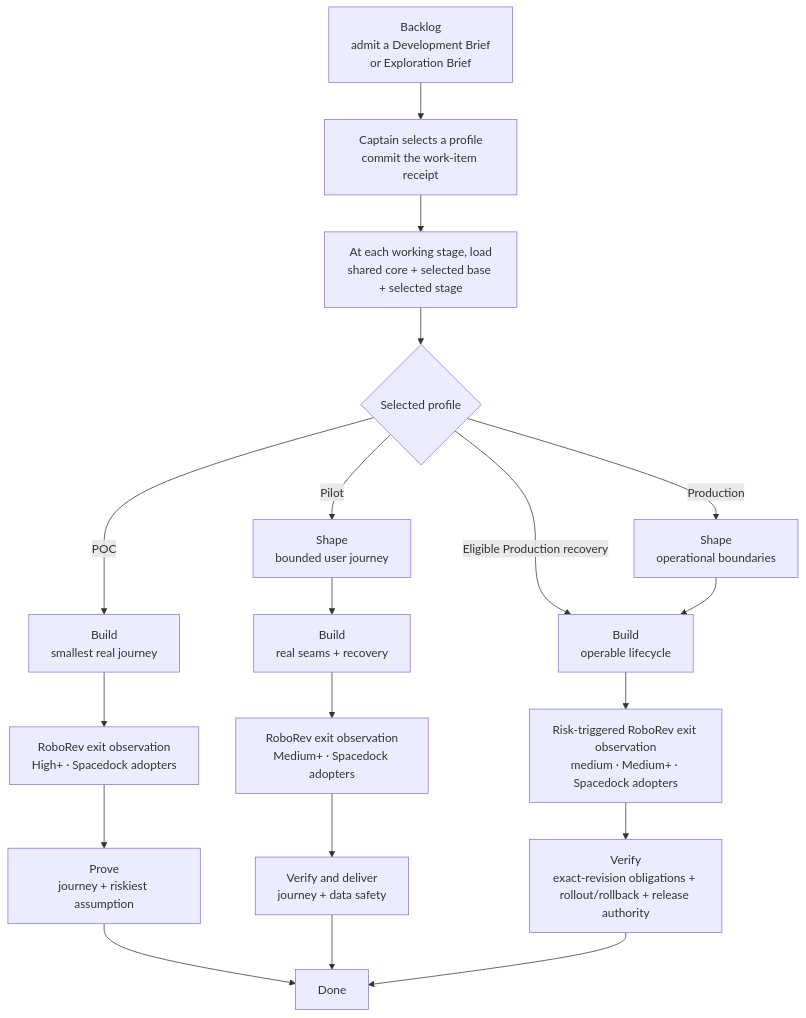
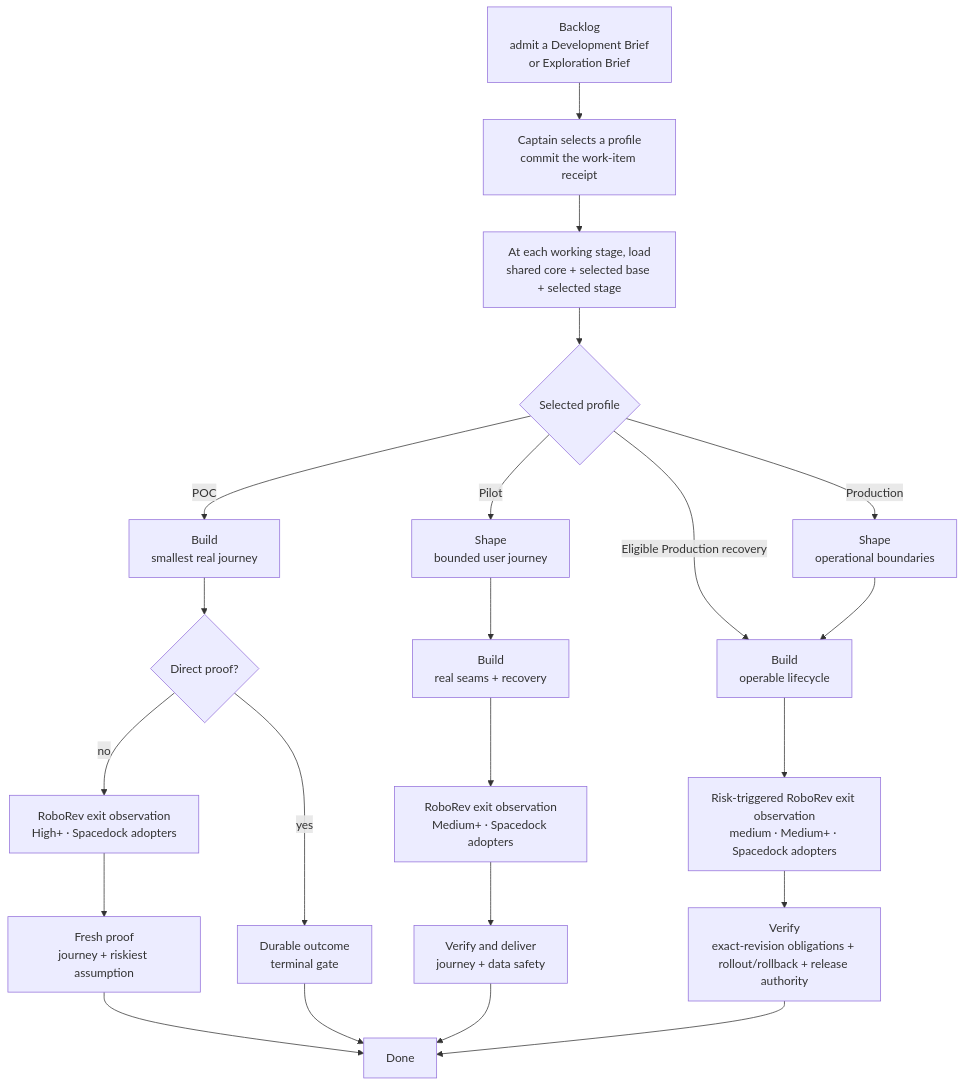
The diagram in kc-dev-flow/README.md (iamcxa/kc-claude-plugins), drawn with Mermaid before and after one commit. The commit also changed other lines of this file and 15 other files, not shown here.

Commit message:
feat(kc-dev-flow): bound POC decision-ready path

````diff
--- a/kc-dev-flow/README.md
+++ b/kc-dev-flow/README.md
@@ -20,24 +20,27 @@
 ```mermaid
 flowchart TB
     A["Backlog<br/>admit a Development Brief<br/>or Exploration Brief"] --> B["Captain selects a profile<br/>commit the work-item receipt"]
     B --> L["At each working stage, load<br/>shared core + selected base + selected stage"]
     L --> C{Selected profile}
 
     C -->|POC| P1["Build<br/>smallest real journey"]
-    P1 --> P2["RoboRev exit observation<br/>High+ · Spacedock adopters"]
-    P2 --> P3["Prove<br/>journey + riskiest assumption"]
+    P1 --> P0{Direct proof?}
+    P0 -->|yes| P4["Durable outcome<br/>terminal gate"]
+    P0 -->|no| P2["RoboRev exit observation<br/>High+ · Spacedock adopters"]
+    P2 --> P3["Fresh proof<br/>journey + riskiest assumption"]
     P3 --> D[Done]
+    P4 --> D
 
     C -->|Pilot| T1["Shape<br/>bounded user journey"]
     T1 --> T2["Build<br/>real seams + recovery"]
     T2 --> T3["RoboRev exit observation<br/>Medium+ · Spacedock adopters"]
     T3 --> T4["Verify and deliver<br/>journey + data safety"]
     T4 --> D
 
     C -->|Production| R1["Shape<br/>operational boundaries"]
     C -->|Eligible Production recovery| R2
     R1 --> R2["Build<br/>operable lifecycle"]
     R2 --> R3["Risk-triggered RoboRev exit observation<br/>medium · Medium+ · Spacedock adopters"]
     R3 --> R4["Verify<br/>exact-revision obligations + rollout/rollback + release authority"]
     R4 --> D
 ```
````
